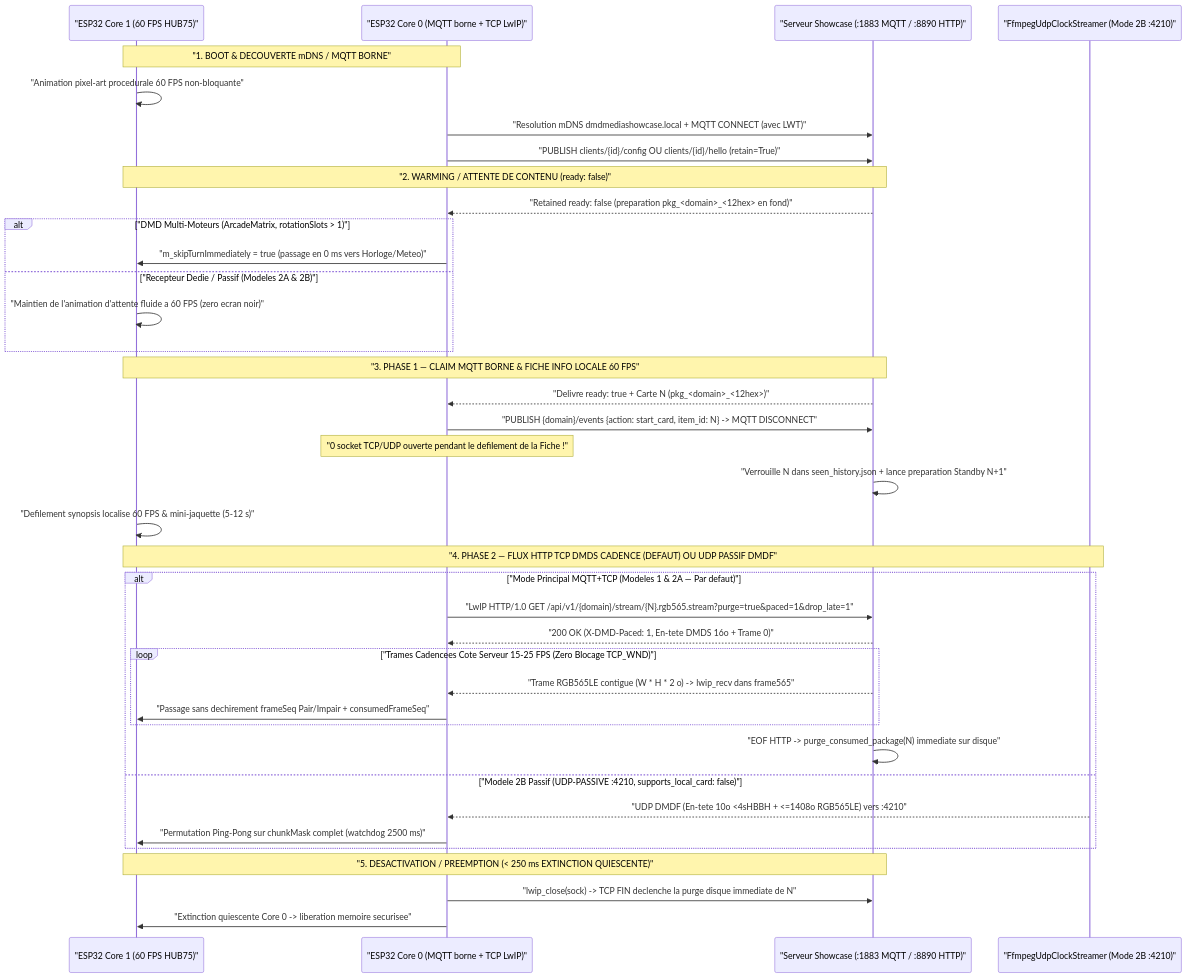
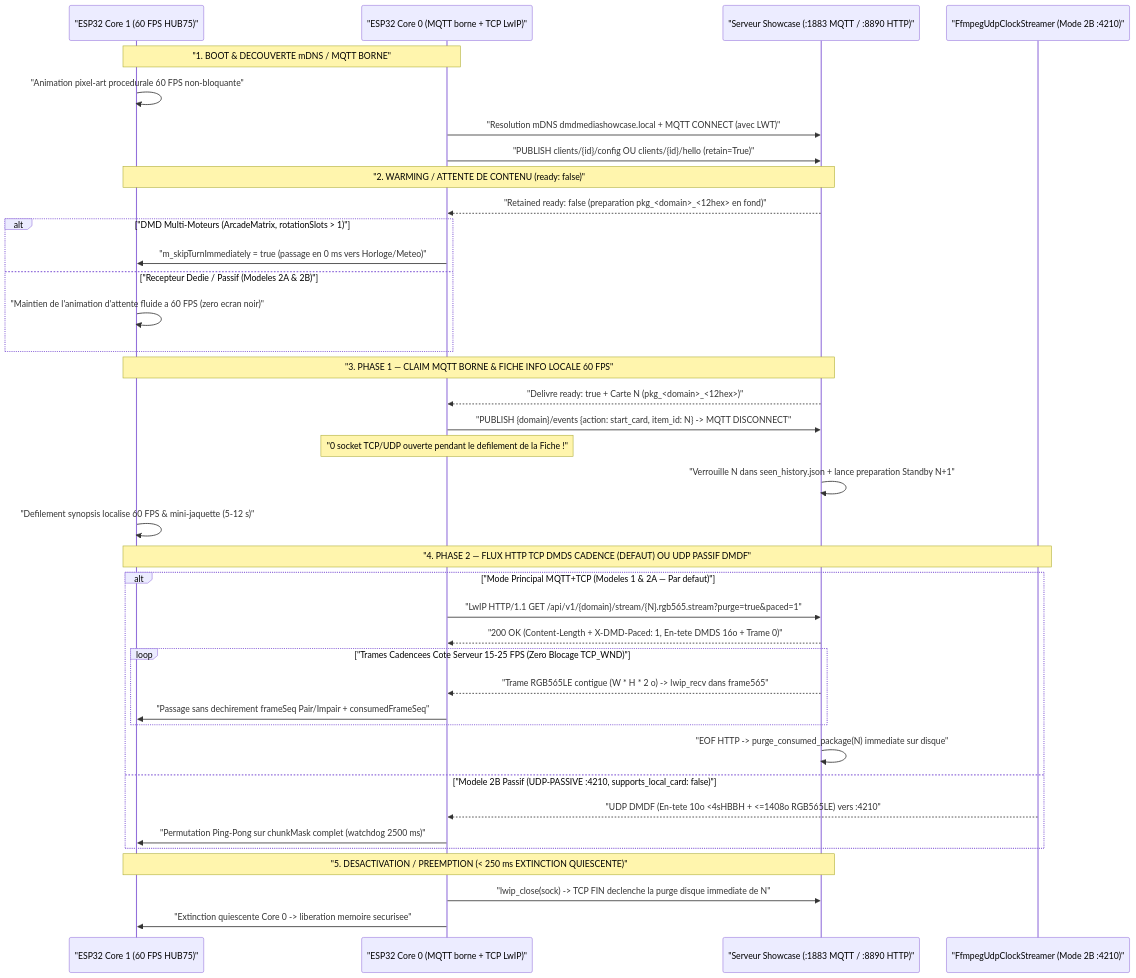
One commit to red77290/dmd_media_showcase changed the first of 2 diagrams in docs/ESP32_INTEGRATION_FR.md. Above: the diagram before and after it, drawn with Mermaid. The commit also changed other lines of this file and 15 other files, not shown here.

Commit message:
docs(esp32): align raw LwIP DMDS TCP examples with unchunked Content-Length (?purge=true&paced=1)

````diff
--- a/docs/ESP32_INTEGRATION_FR.md
+++ b/docs/ESP32_INTEGRATION_FR.md
@@ -144,45 +144,45 @@
 ```mermaid
 sequenceDiagram
     participant C1 as "ESP32 Core 1 (60 FPS HUB75)"
     participant C0 as "ESP32 Core 0 (MQTT borne + TCP LwIP)"
     participant SRV as "Serveur Showcase (:1883 MQTT / :8890 HTTP)"
     participant UDP as "FfmpegUdpClockStreamer (Mode 2B :4210)"
 
     Note over C1,C0: "1. BOOT & DECOUVERTE mDNS / MQTT BORNE"
     C1->>C1: "Animation pixel-art procedurale 60 FPS non-bloquante"
     C0->>SRV: "Resolution mDNS dmdmediashowcase.local + MQTT CONNECT (avec LWT)"
     C0->>SRV: "PUBLISH clients/{id}/config OU clients/{id}/hello (retain=True)"
 
     Note over C1,SRV: "2. WARMING / ATTENTE DE CONTENU (ready: false)"
     SRV-->>C0: "Retained ready: false (preparation pkg_<domain>_<12hex> en fond)"
     alt "DMD Multi-Moteurs (ArcadeMatrix, rotationSlots > 1)"
         C0->>C1: "m_skipTurnImmediately = true (passage en 0 ms vers Horloge/Meteo)"
     else "Recepteur Dedie / Passif (Modeles 2A & 2B)"
         C1->>C1: "Maintien de l'animation d'attente fluide a 60 FPS (zero ecran noir)"
     end
 
     Note over C1,SRV: "3. PHASE 1 — CLAIM MQTT BORNE & FICHE INFO LOCALE 60 FPS"
     SRV-->>C0: "Delivre ready: true + Carte N (pkg_<domain>_<12hex>)"
     C0->>SRV: "PUBLISH {domain}/events {action: start_card, item_id: N} -> MQTT DISCONNECT"
     Note over C0: "0 socket TCP/UDP ouverte pendant le defilement de la Fiche !"
     SRV->>SRV: "Verrouille N dans seen_history.json + lance preparation Standby N+1"
     C1->>C1: "Defilement synopsis localise 60 FPS & mini-jaquette (5-12 s)"
 
     Note over C1,UDP: "4. PHASE 2 — FLUX HTTP TCP DMDS CADENCE (DEFAUT) OU UDP PASSIF DMDF"
     alt "Mode Principal MQTT+TCP (Modeles 1 & 2A — Par defaut)"
-        C0->>SRV: "LwIP HTTP/1.0 GET /api/v1/{domain}/stream/{N}.rgb565.stream?purge=true&paced=1&drop_late=1"
-        SRV-->>C0: "200 OK (X-DMD-Paced: 1, En-tete DMDS 16o + Trame 0)"
+        C0->>SRV: "LwIP HTTP/1.1 GET /api/v1/{domain}/stream/{N}.rgb565.stream?purge=true&paced=1"
+        SRV-->>C0: "200 OK (Content-Length + X-DMD-Paced: 1, En-tete DMDS 16o + Trame 0)"
         loop "Trames Cadencees Cote Serveur 15-25 FPS (Zero Blocage TCP_WND)"
             SRV-->>C0: "Trame RGB565LE contigue (W * H * 2 o) -> lwip_recv dans frame565"
             C0->>C1: "Passage sans dechirement frameSeq Pair/Impair + consumedFrameSeq"
         end
         SRV->>SRV: "EOF HTTP -> purge_consumed_package(N) immediate sur disque"
     else "Modele 2B Passif (UDP-PASSIVE :4210, supports_local_card: false)"
         UDP-->>C0: "UDP DMDF (En-tete 10o <4sHBBH + <=1408o RGB565LE) vers :4210"
         C0->>C1: "Permutation Ping-Pong sur chunkMask complet (watchdog 2500 ms)"
     end
 
     Note over C1,SRV: "5. DESACTIVATION / PREEMPTION (< 250 ms EXTINCTION QUIESCENTE)"
     C0->>SRV: "lwip_close(sock) -> TCP FIN declenche la purge disque immediate de N"
     C0->>C1: "Extinction quiescente Core 0 -> liberation memoire securisee"
 ```
````
